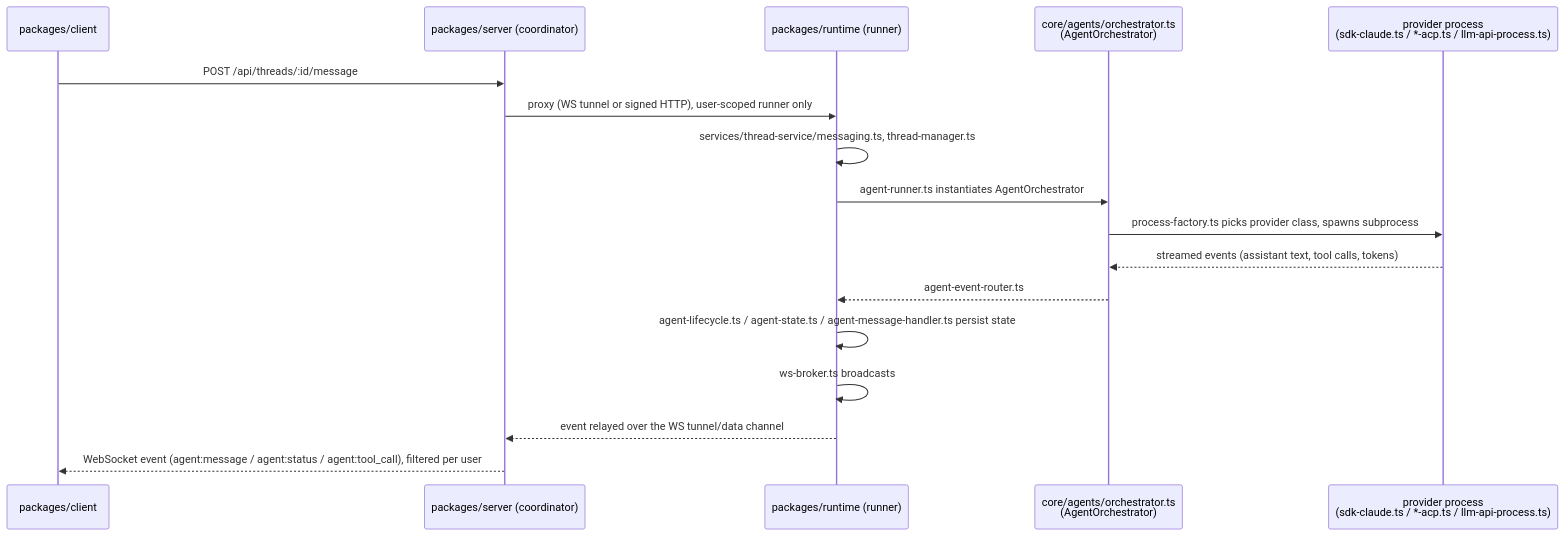
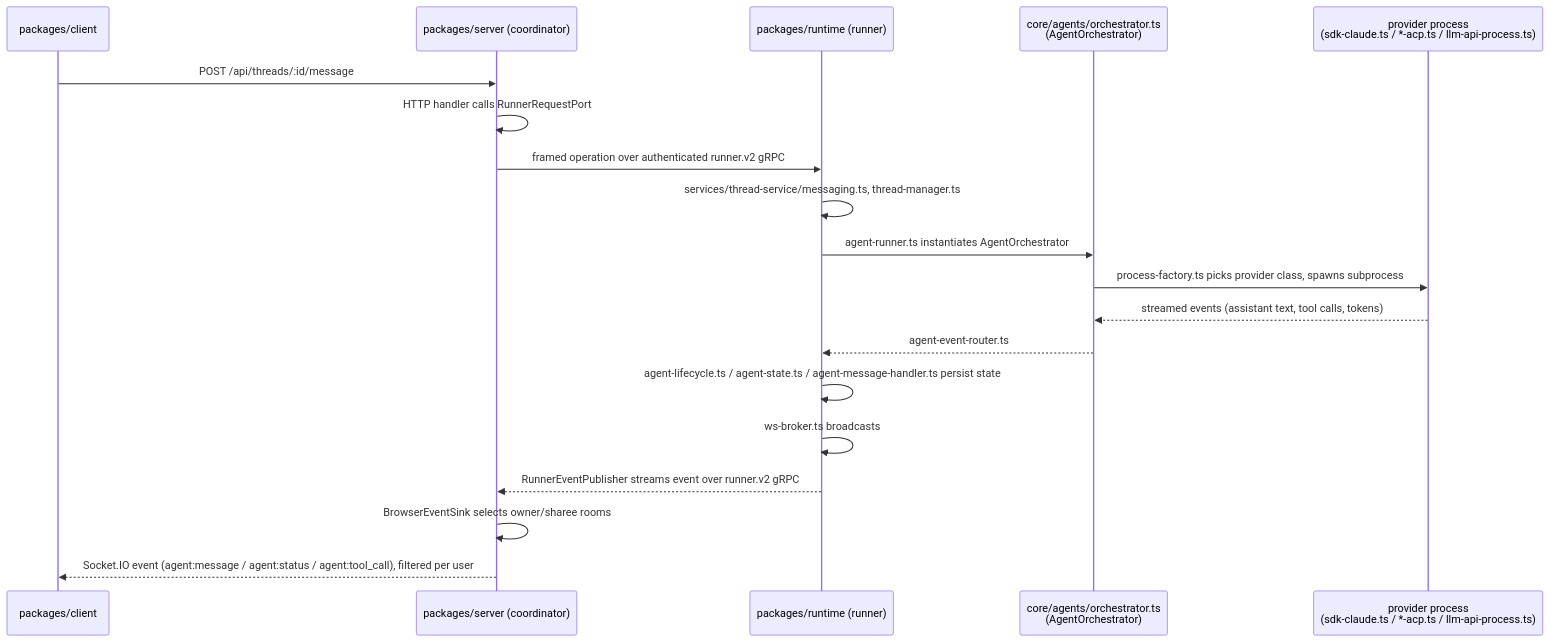
Before and after one commit to ironmussa/funny: the diagram in openwiki/architecture/agent-execution.md, drawn with Mermaid. The commit also changed other lines of this file and 7 other files, not shown here.

````diff
--- a/openwiki/architecture/agent-execution.md
+++ b/openwiki/architecture/agent-execution.md
@@ -7,20 +7,22 @@
 ```mermaid
 sequenceDiagram
     participant Client as packages/client
     participant Server as packages/server (coordinator)
     participant Runtime as packages/runtime (runner)
     participant Orchestrator as core/agents/orchestrator.ts<br/>(AgentOrchestrator)
     participant Process as provider process<br/>(sdk-claude.ts / *-acp.ts / llm-api-process.ts)
 
     Client->>Server: POST /api/threads/:id/message
-    Server->>Runtime: proxy (WS tunnel or signed HTTP), user-scoped runner only
+    Server->>Server: HTTP handler calls RunnerRequestPort
+    Server->>Runtime: framed operation over authenticated runner.v2 gRPC
     Runtime->>Runtime: services/thread-service/messaging.ts, thread-manager.ts
     Runtime->>Orchestrator: agent-runner.ts instantiates AgentOrchestrator
     Orchestrator->>Process: process-factory.ts picks provider class, spawns subprocess
     Process-->>Orchestrator: streamed events (assistant text, tool calls, tokens)
     Orchestrator-->>Runtime: agent-event-router.ts
     Runtime->>Runtime: agent-lifecycle.ts / agent-state.ts / agent-message-handler.ts persist state
     Runtime->>Runtime: ws-broker.ts broadcasts
-    Runtime-->>Server: event relayed over the WS tunnel/data channel
-    Server-->>Client: WebSocket event (agent:message / agent:status / agent:tool_call), filtered per user
+    Runtime-->>Server: RunnerEventPublisher streams event over runner.v2 gRPC
+    Server->>Server: BrowserEventSink selects owner/sharee rooms
+    Server-->>Client: Socket.IO event (agent:message / agent:status / agent:tool_call), filtered per user
 ```
````
